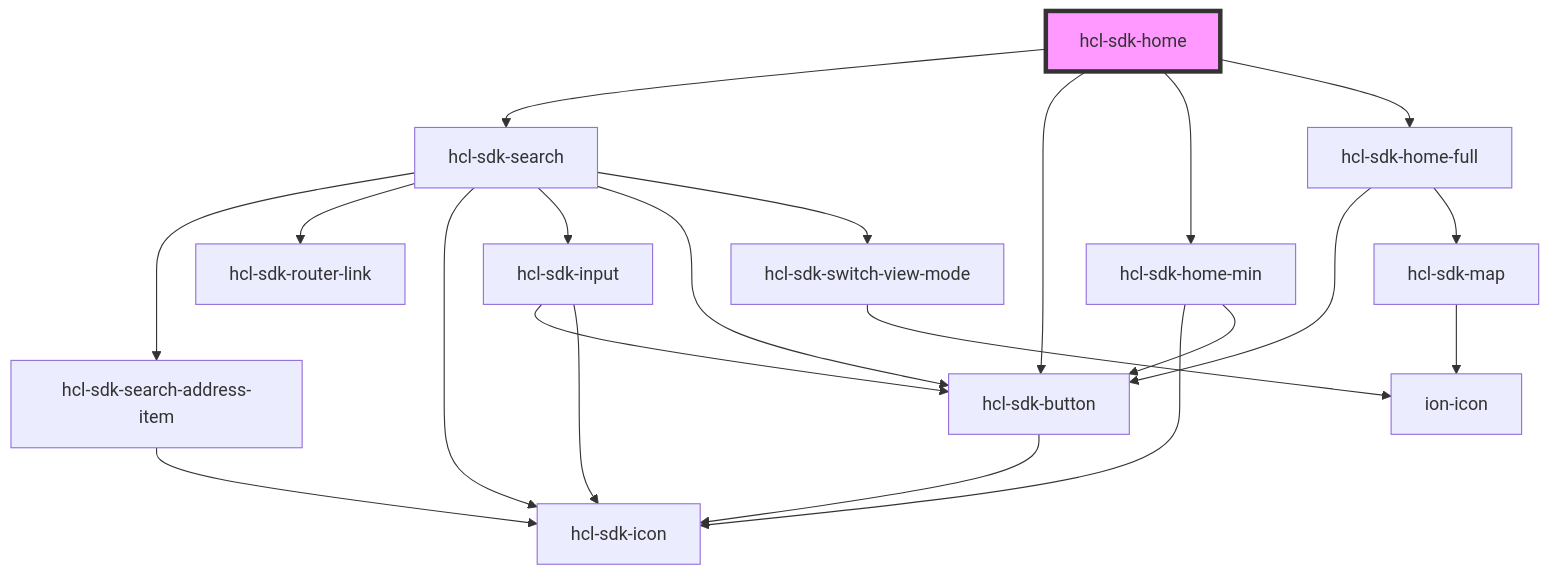
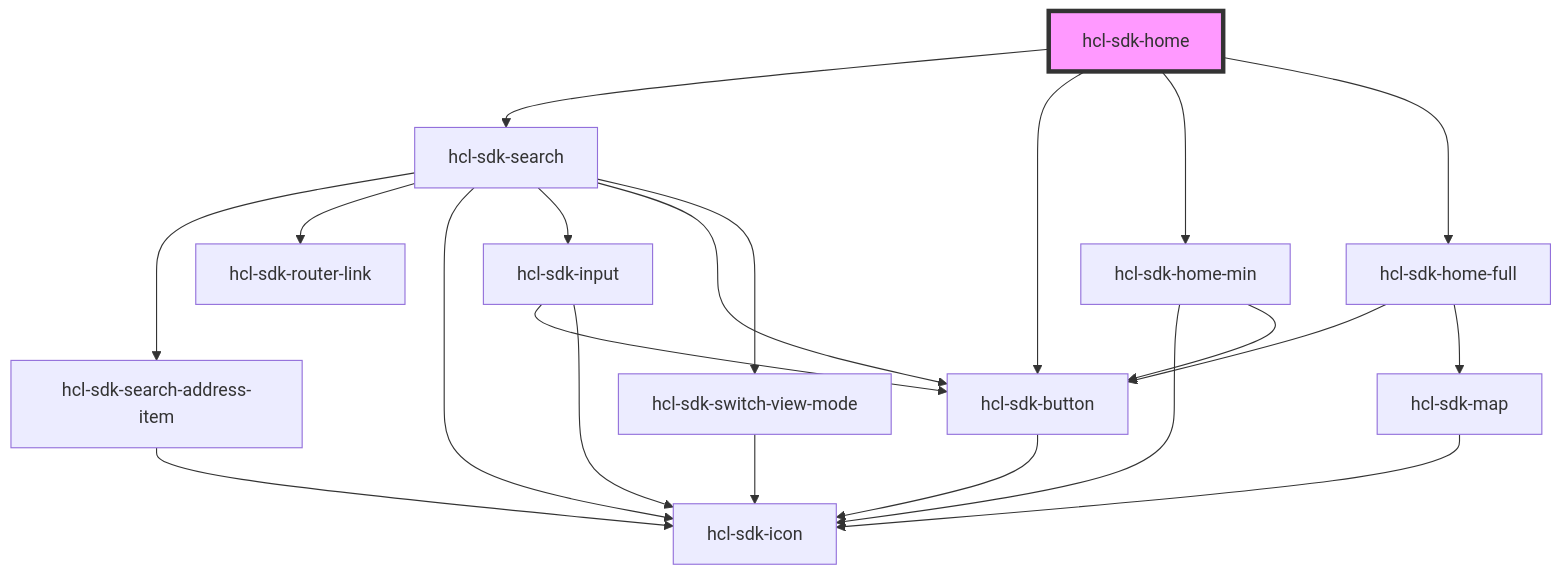
The diagram in packages/hcl-sdk-web-ui/docs/components/screens/hcl-sdk-home/readme.md (hcl-sdk/HealthCareLocatorWebSDK), drawn with Mermaid before and after one commit. The commit also changed 51 other files, not shown here.

````diff
--- a/packages/hcl-sdk-web-ui/docs/components/screens/hcl-sdk-home/readme.md
+++ b/packages/hcl-sdk-web-ui/docs/components/screens/hcl-sdk-home/readme.md
@@ -18,24 +18,24 @@
 ```mermaid
 graph TD;
   hcl-sdk-home --> hcl-sdk-search
   hcl-sdk-home --> hcl-sdk-button
   hcl-sdk-home --> hcl-sdk-home-min
   hcl-sdk-home --> hcl-sdk-home-full
   hcl-sdk-search --> hcl-sdk-search-address-item
   hcl-sdk-search --> hcl-sdk-router-link
   hcl-sdk-search --> hcl-sdk-icon
   hcl-sdk-search --> hcl-sdk-input
   hcl-sdk-search --> hcl-sdk-button
   hcl-sdk-search --> hcl-sdk-switch-view-mode
   hcl-sdk-search-address-item --> hcl-sdk-icon
   hcl-sdk-input --> hcl-sdk-button
   hcl-sdk-input --> hcl-sdk-icon
   hcl-sdk-button --> hcl-sdk-icon
-  hcl-sdk-switch-view-mode --> ion-icon
+  hcl-sdk-switch-view-mode --> hcl-sdk-icon
   hcl-sdk-home-min --> hcl-sdk-icon
   hcl-sdk-home-min --> hcl-sdk-button
   hcl-sdk-home-full --> hcl-sdk-button
   hcl-sdk-home-full --> hcl-sdk-map
-  hcl-sdk-map --> ion-icon
+  hcl-sdk-map --> hcl-sdk-icon
   style hcl-sdk-home fill:#f9f,stroke:#333,stroke-width:4px
 ```
````
